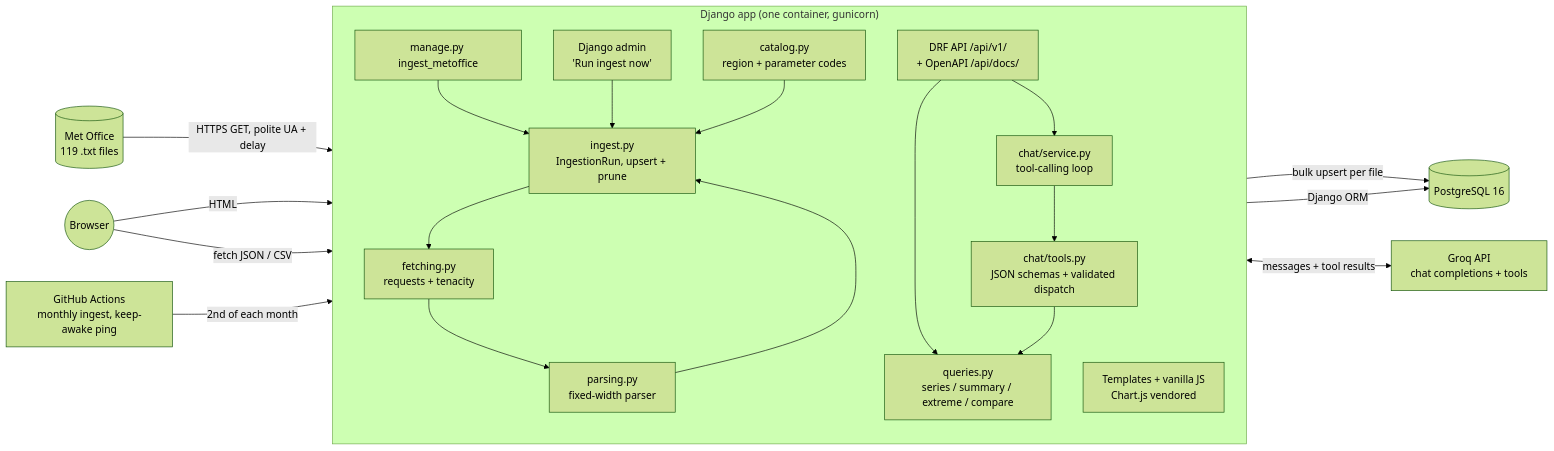
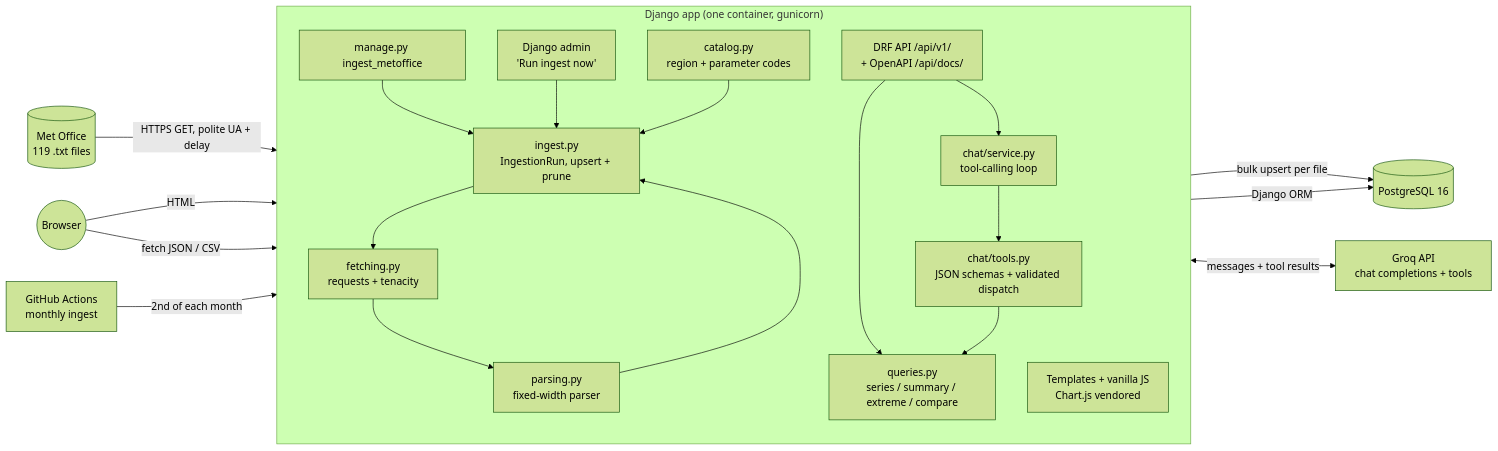
The first of 6 diagrams in docs/ARCHITECTURE.md (kumarswamyg2005/uk-climate-insights), drawn with Mermaid (forest theme) before and after one commit. The commit also changed other lines of this file and 7 other files, not shown here.

First line of the commit message:
fix: keep the free Render instance awake from inside the container

````diff
--- a/docs/ARCHITECTURE.md
+++ b/docs/ARCHITECTURE.md
@@ -38,40 +38,40 @@
 ```mermaid
 flowchart LR
     MO[(Met Office<br/>119 .txt files)]
 
     subgraph Django["Django app (one container, gunicorn)"]
         direction TB
         CAT[catalog.py<br/>region + parameter codes]
         FETCH[fetching.py<br/>requests + tenacity]
         PARSE[parsing.py<br/>fixed-width parser]
         ING[ingest.py<br/>IngestionRun, upsert + prune]
         CMD[manage.py ingest_metoffice]
         ADM[Django admin<br/>'Run ingest now']
         Q[queries.py<br/>series / summary / extreme / compare]
         API[DRF API /api/v1/<br/>+ OpenAPI /api/docs/]
         CHAT[chat/service.py<br/>tool-calling loop]
         TOOLS[chat/tools.py<br/>JSON schemas + validated dispatch]
         UI[Templates + vanilla JS<br/>Chart.js vendored]
     end
 
     DB[(PostgreSQL 16)]
     LLM[Groq API<br/>chat completions + tools]
     USER((Browser))
-    GHA[GitHub Actions<br/>monthly ingest, keep-awake ping]
+    GHA[GitHub Actions<br/>monthly ingest]
 
     MO -->|HTTPS GET, polite UA + delay| FETCH
     CMD --> ING
     ADM --> ING
     CAT --> ING
     ING --> FETCH --> PARSE --> ING
     ING -->|bulk upsert per file| DB
     Q -->|Django ORM| DB
     API --> Q
     TOOLS --> Q
     CHAT --> TOOLS
     CHAT <-->|messages + tool results| LLM
     API --> CHAT
     USER -->|HTML| UI
     USER -->|fetch JSON / CSV| API
     GHA -->|2nd of each month| CMD
 ```
````
